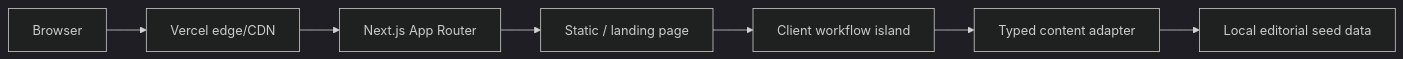
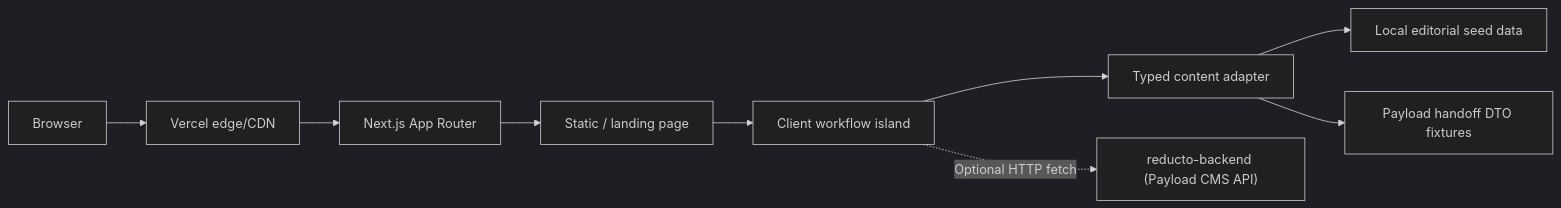
The first of 2 diagrams in docs/system-architecture.md (hthmkt12/reducto-web), drawn with Mermaid (dark theme) before and after one commit. The commit also changed other lines of this file and 14 other files, not shown here.

Commit message:
docs: update payload backend local workflow

````diff
--- a/docs/system-architecture.md
+++ b/docs/system-architecture.md
@@ -7,9 +7,11 @@
 ```mermaid
 flowchart LR
   User["Browser"] --> Vercel["Vercel edge/CDN"]
   Vercel --> Next["Next.js App Router"]
   Next --> Page["Static / landing page"]
   Page --> Island["Client workflow island"]
   Island --> Adapter["Typed content adapter"]
   Adapter --> Seed["Local editorial seed data"]
+  Adapter --> Handoff["Payload handoff DTO fixtures"]
+  Island -. "Optional HTTP fetch" .-> Backend["reducto-backend (Payload CMS API)"]
 ```
````
